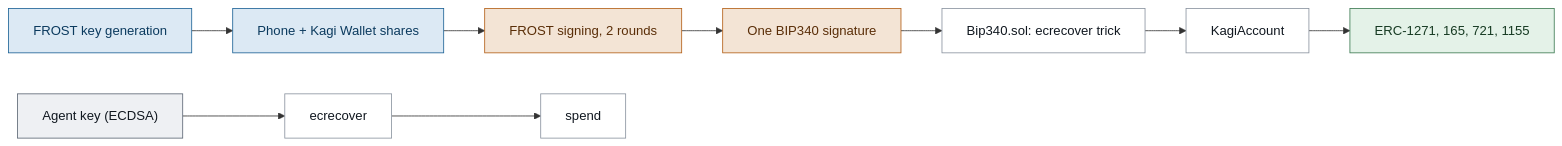
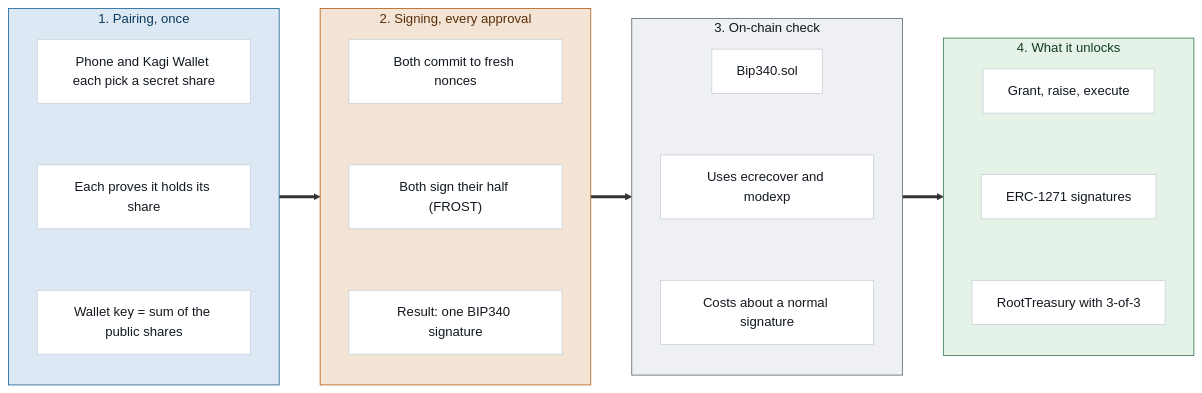
Before and after one commit to team-somehow/kagi-wallet: the diagram in docs/kagi-cryptography.md, drawn with Mermaid. The commit also changed 1 other file, not shown here.

Commit message:
docs: lane diagrams (who can do what; pairing to unlocking)

````diff
--- a/docs/kagi-cryptography.md
+++ b/docs/kagi-cryptography.md
@@ -25,28 +25,27 @@
 ```mermaid
 flowchart LR
-    Pair["FROST key generation"]
-    Shares["Phone + Kagi Wallet shares"]
-    Sign["FROST signing, 2 rounds"]
-    Sig["One BIP340 signature"]
-    Verify["Bip340.sol: ecrecover trick"]
-    Account["KagiAccount"]
-    ERCs["ERC-1271, 165, 721, 1155"]
+    subgraph S1["1. Pairing, once"]
+        direction TB
+        p1["Phone and Kagi Wallet each pick a secret share"] ~~~ p2["Each proves it holds its share"] ~~~ p3["Wallet key = sum of the public shares"]
+    end
+    subgraph S2["2. Signing, every approval"]
+        direction TB
+        s1["Both commit to fresh nonces"] ~~~ s2["Both sign their half (FROST)"] ~~~ s3["Result: one BIP340 signature"]
+    end
+    subgraph S3["3. On-chain check"]
+        direction TB
+        v1["Bip340.sol"] ~~~ v2["Uses ecrecover and modexp"] ~~~ v3["Costs about a normal signature"]
+    end
+    subgraph S4["4. What it unlocks"]
+        direction TB
+        u1["Grant, raise, execute"] ~~~ u2["ERC-1271 signatures"] ~~~ u3["RootTreasury with 3-of-3"]
+    end
+    S1 ==> S2 ==> S3 ==> S4
 
-    AgentKey["Agent key (ECDSA)"]
-    Ecrecover["ecrecover"]
-    Spend["spend"]
-
-    Pair --> Shares --> Sign --> Sig --> Verify --> Account --> ERCs
-    AgentKey --> Ecrecover --> Spend
-
-    classDef device fill:#DCE9F4,stroke:#1C6296,color:#0B3A5E
-    classDef crypto fill:#F3E4D5,stroke:#B35F17,color:#5A2E08
-    classDef chain fill:#FFFFFF,stroke:#8A939F,color:#111820
-    classDef std fill:#E4F2E8,stroke:#3C7A52,color:#163A22
-    classDef agent fill:#EEF0F3,stroke:#5C6674,color:#111820
-    class Pair,Shares device
-    class Sign,Sig crypto
-    class Verify,Account,Ecrecover,Spend chain
-    class ERCs std
-    class AgentKey agent
+    classDef box fill:#FFFFFF,stroke:#CBD2DA,color:#111820
+    class p1,p2,p3,s1,s2,s3,v1,v2,v3,u1,u2,u3 box
+    style S1 fill:#DCE9F4,stroke:#1C6296,color:#0B3A5E
+    style S2 fill:#F3E4D5,stroke:#B35F17,color:#5A2E08
+    style S3 fill:#EEF0F3,stroke:#5C6674,color:#111820
+    style S4 fill:#E4F2E8,stroke:#3C7A52,color:#163A22
 ```
````
